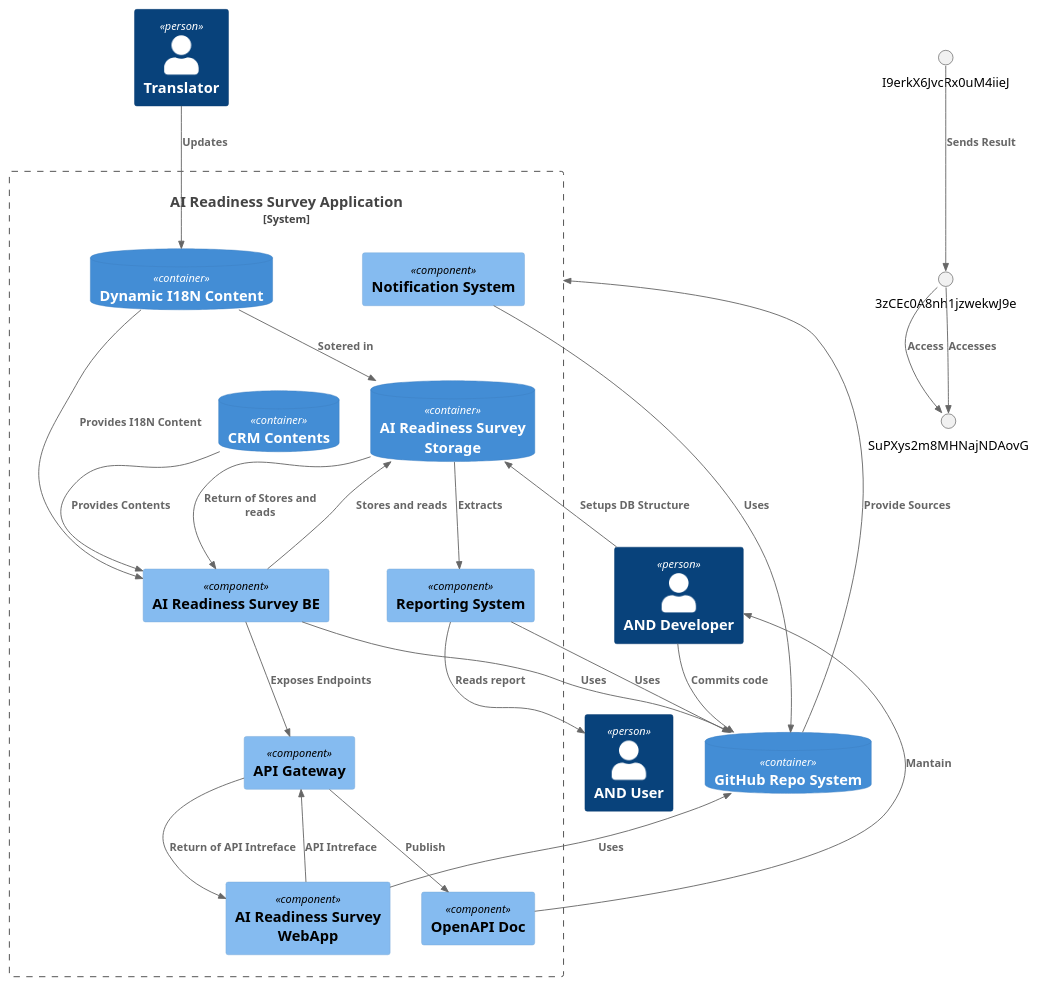
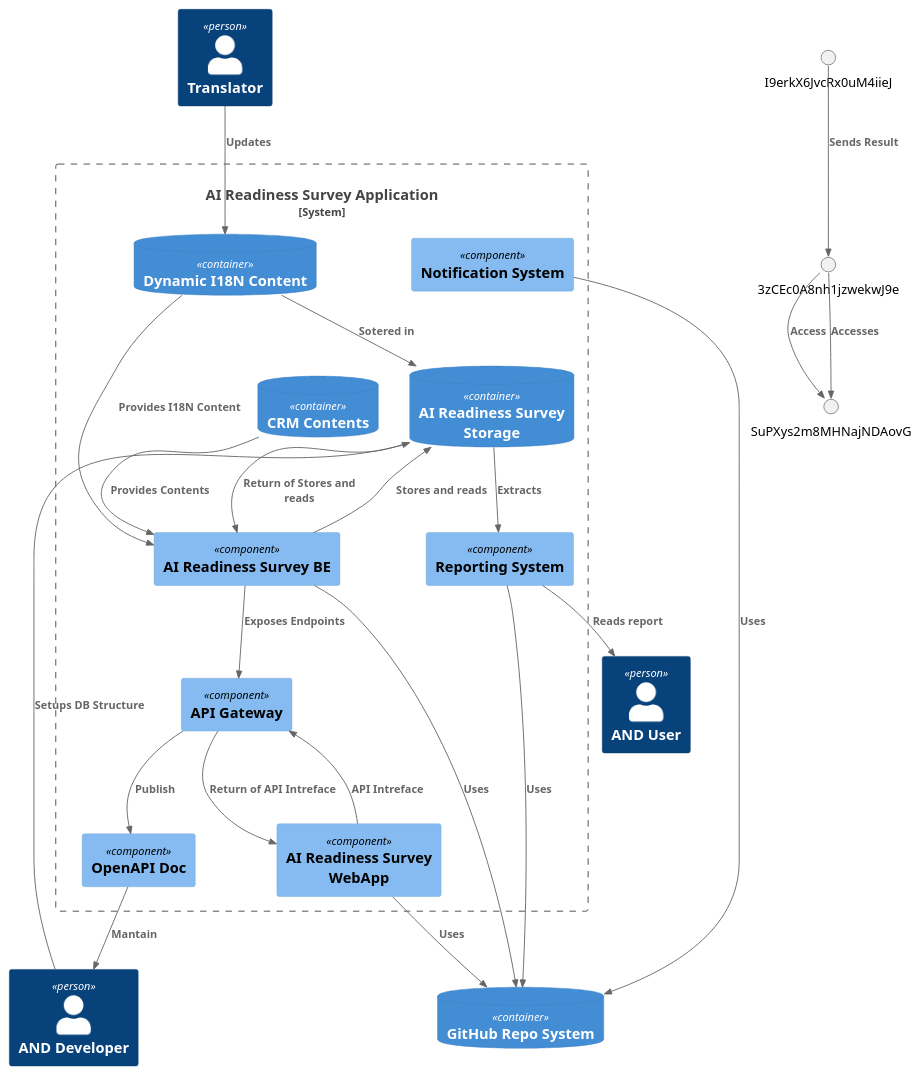
One commit to brunasti/icepanel-tools changed the diagram in examples/ai/icePanel-C4-2-AI_Readiness_Survey_Application.puml. Above: the diagram before and after it, drawn with PlantUML. The commit also changed 8 other files, not shown here.

```diff
--- a/examples/ai/icePanel-C4-2-AI_Readiness_Survey_Application.puml
+++ b/examples/ai/icePanel-C4-2-AI_Readiness_Survey_Application.puml
@@ -4,7 +4,7 @@
 ' Converter          : it.brunasti.icepanel.tools.IcePanelToPlantUmlConverter
 ' IcePanel JSON File : [./examples/ai/ARS-AI_Readiness_Survey.json]
 ' Configuration      : [./examples/ai/config.json]
-' Generated at       : Thu May 02 16:14:47 CEST 2024
+' Generated at       : Thu May 02 16:59:08 CEST 2024
 
 !include https://raw.githubusercontent.com/plantuml-stdlib/C4-PlantUML/master/C4_Context.puml
 !include https://raw.githubusercontent.com/plantuml-stdlib/C4-PlantUML/master/C4_Component.puml
@@ -132,7 +132,6 @@
 ' Internal of (MVsaKWytzsPec5DvAzrJ) (MVsaKWytzsPec5DvAzrJ)
 ' Rel(LsUYohywFy73cbNxkS1m, ToaUegZzOkTYIdKge5Qq, "Corresponds to Stage (Derived)" )
 ' CONNECTION : [Commits code] [aoPaRfmaQuiM5hH5QhmS] [Fyh0CkKDWXU6cSuyq7FS] [outgoing]
-Rel(aoPaRfmaQuiM5hH5QhmS, Fyh0CkKDWXU6cSuyq7FS, "Commits code" )
 ' CONNECTION : [Publish] [mCLYSixzXMXK6M59oIYW] [3aSu0mcX7m60VrLzm7L6] [outgoing]
 ' Internal of (MVsaKWytzsPec5DvAzrJ) (MVsaKWytzsPec5DvAzrJ)
 ' but at least one first level
@@ -205,7 +204,6 @@
 ' Internal of (MVsaKWytzsPec5DvAzrJ) (MVsaKWytzsPec5DvAzrJ)
 ' Rel(Q4JwBYUNizhrOK6IVNU0, I9erkX6JvcRx0uM4iieJ, "Requests sending of email" )
 ' CONNECTION : [Provide Sources] [Fyh0CkKDWXU6cSuyq7FS] [MVsaKWytzsPec5DvAzrJ] [outgoing]
-Rel(Fyh0CkKDWXU6cSuyq7FS, MVsaKWytzsPec5DvAzrJ, "Provide Sources" )
 
 
 @enduml
```
